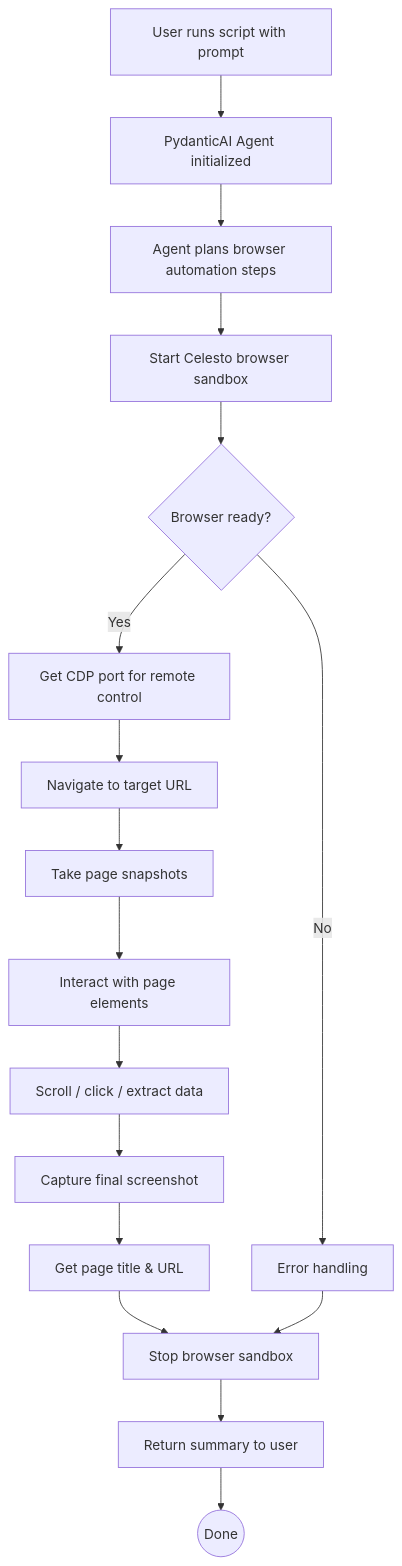
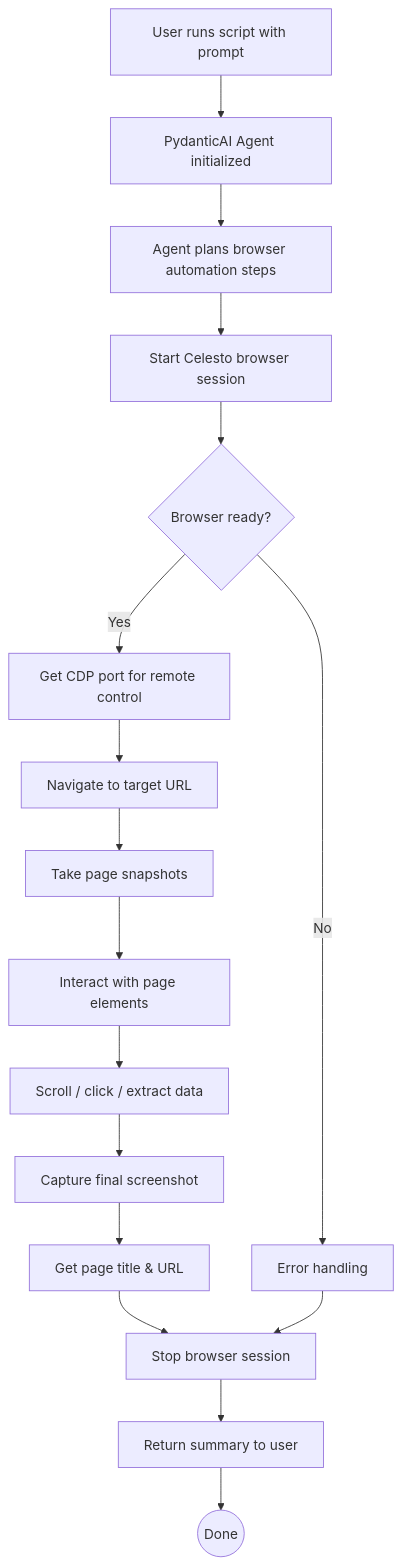
One commit to CelestoAI/celesto changed the diagram in examples/agent_tools/README.md. Above: the diagram before and after it, drawn with Mermaid. The commit also changed other lines of this file and 81 other files, not shown here.

````diff
--- a/examples/agent_tools/README.md
+++ b/examples/agent_tools/README.md
@@ -7,24 +7,24 @@
 ```mermaid
 flowchart TD
     A[User runs script with prompt] --> B[PydanticAI Agent initialized]
     B --> C[Agent plans browser automation steps]
-    
-    C --> D[Start Celesto browser sandbox]
+
+    C --> D[Start Celesto browser session]
     D --> E{Browser ready?}
     E -->|Yes| F[Get CDP port for remote control]
     E -->|No| X[Error handling]
-    
+
     F --> G[Navigate to target URL]
     G --> H[Take page snapshots]
     H --> I[Interact with page elements]
     I --> J[Scroll / click / extract data]
-    
+
     J --> K[Capture final screenshot]
     K --> L[Get page title & URL]
-    L --> M[Stop browser sandbox]
-    
+    L --> M[Stop browser session]
+
     M --> N[Return summary to user]
     N --> O((Done))
-    
+
     X --> M
 ```
````
